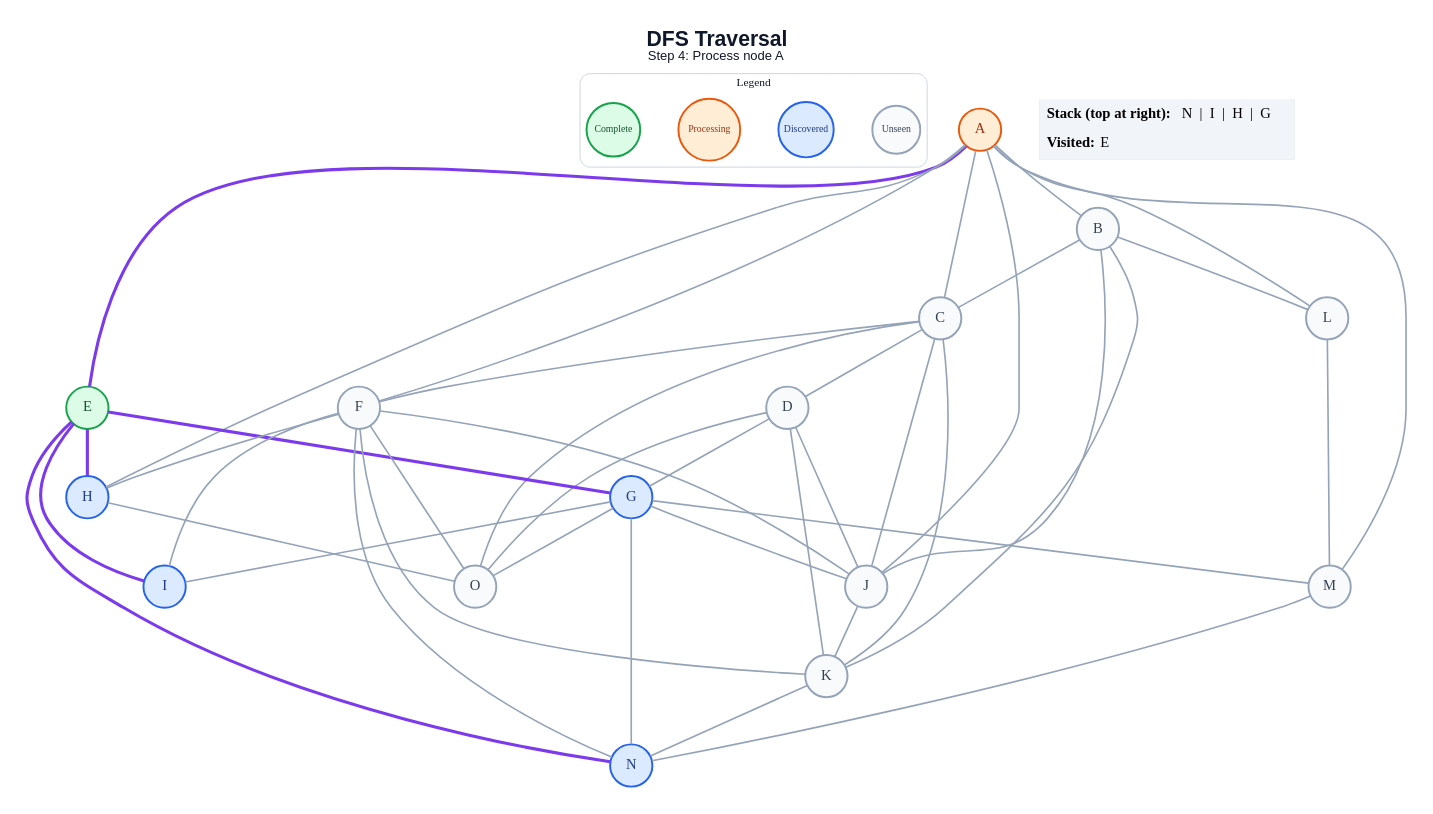
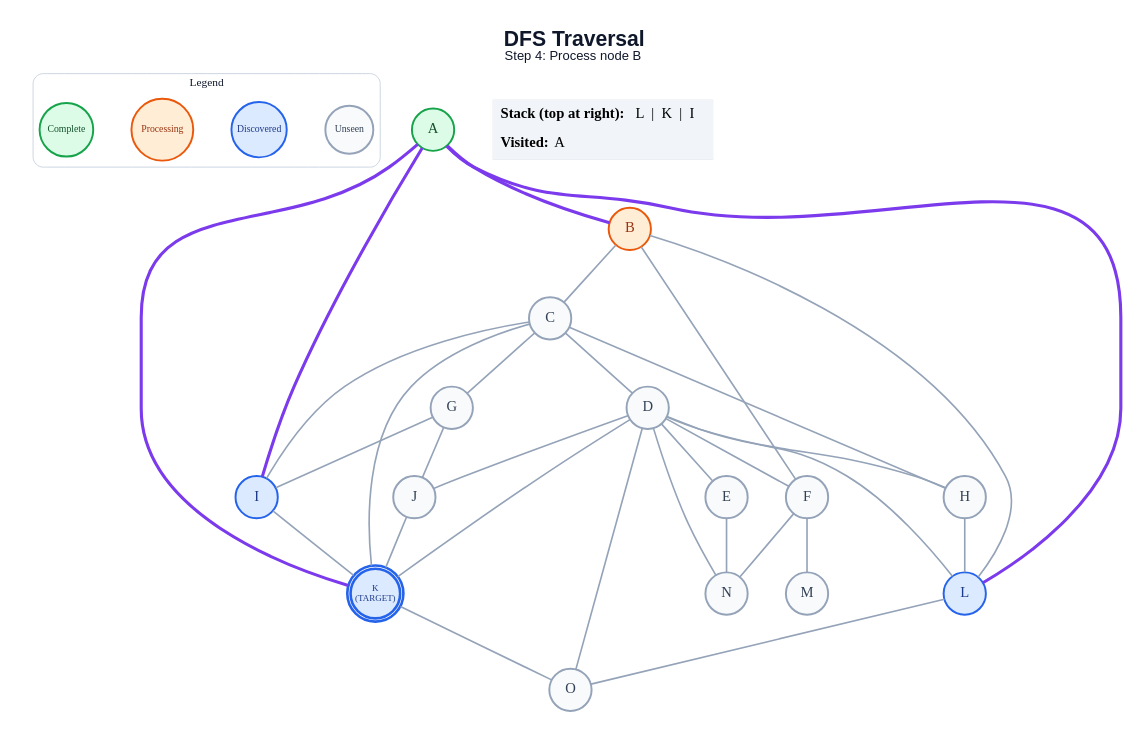
Before and after one commit to anon7238593-create/ai-slop: the diagram in generated/specific-node/dfs/step_04.dot, drawn with Graphviz. The commit also changed 268 other files, not shown here.

```diff
--- a/generated/specific-node/dfs/step_04.dot
+++ b/generated/specific-node/dfs/step_04.dot
@@ -1,75 +1,64 @@
 graph traversal {
   graph [layout=dot, rankdir=TB, bgcolor="#FFFFFF", pad="0.35", nodesep="0.65", ranksep="0.8", fontname="Arial"];
   node [shape=circle, style="filled", fontname="Arial Bold", fontsize=18, width=0.72, fixedsize=true, penwidth=2.4];
   edge [color="#94A3B8", penwidth=2.0];
-  label=<<B>DFS Traversal</B><BR/><FONT POINT-SIZE="16">Step 4: Process node A</FONT>>; labelloc="t"; fontsize=26; fontname="Arial"; fontcolor="#0F172A";
+  label=<<B>DFS Traversal</B><BR/><FONT POINT-SIZE="16">Step 4: Process node B</FONT>>; labelloc="t"; fontsize=26; fontname="Arial"; fontcolor="#0F172A";
   subgraph cluster_legend { label="Legend"; color="#CBD5E1"; penwidth=1.2; style="rounded"; fontsize=14; fontname="Arial Bold";
     key_unseen [label="Unseen", fillcolor="#F8FAFC", color="#94A3B8", fontcolor="#334155", fontsize=12, width=0.82];
     key_frontier [label="Discovered", fillcolor="#DBEAFE", color="#2563EB", fontcolor="#1E3A8A", fontsize=12, width=0.95];
     key_current [label="Processing", fillcolor="#FFEDD5", color="#EA580C", fontcolor="#9A3412", fontsize=12, width=1.05];
     key_done [label="Complete", fillcolor="#DCFCE7", color="#16A34A", fontcolor="#14532D", fontsize=12, width=0.92];
     { rank=same; key_unseen; key_frontier; key_current; key_done; }
   }
-  A [fillcolor="#FFEDD5", color="#EA580C", fontcolor="#9A3412"];
-  B [fillcolor="#F8FAFC", color="#94A3B8", fontcolor="#334155"];
-  C [fillcolor="#F8FAFC", color="#94A3B8", fontcolor="#334155"];
-  D [fillcolor="#F8FAFC", color="#94A3B8", fontcolor="#334155"];
-  E [fillcolor="#DCFCE7", color="#16A34A", fontcolor="#14532D"];
-  F [fillcolor="#F8FAFC", color="#94A3B8", fontcolor="#334155"];
-  G [fillcolor="#DBEAFE", color="#2563EB", fontcolor="#1E3A8A"];
-  H [fillcolor="#DBEAFE", color="#2563EB", fontcolor="#1E3A8A"];
-  I [fillcolor="#DBEAFE", color="#2563EB", fontcolor="#1E3A8A"];
-  J [fillcolor="#F8FAFC", color="#94A3B8", fontcolor="#334155"];
-  K [fillcolor="#F8FAFC", color="#94A3B8", fontcolor="#334155"];
-  L [fillcolor="#F8FAFC", color="#94A3B8", fontcolor="#334155"];
-  M [fillcolor="#F8FAFC", color="#94A3B8", fontcolor="#334155"];
-  N [fillcolor="#DBEAFE", color="#2563EB", fontcolor="#1E3A8A"];
-  O [fillcolor="#F8FAFC", color="#94A3B8", fontcolor="#334155"];
-  A -- B;
-  A -- C;
-  A -- E [color="#7C3AED", penwidth=3.8];
-  A -- F;
-  A -- H;
-  A -- J;
-  A -- L;
-  A -- M;
+  A [label="A", fillcolor="#DCFCE7", color="#16A34A", fontcolor="#14532D", peripheries=1, penwidth=2.4];
+  B [label="B", fillcolor="#FFEDD5", color="#EA580C", fontcolor="#9A3412", peripheries=1, penwidth=2.4];
+  C [label="C", fillcolor="#F8FAFC", color="#94A3B8", fontcolor="#334155", peripheries=1, penwidth=2.4];
+  D [label="D", fillcolor="#F8FAFC", color="#94A3B8", fontcolor="#334155", peripheries=1, penwidth=2.4];
+  E [label="E", fillcolor="#F8FAFC", color="#94A3B8", fontcolor="#334155", peripheries=1, penwidth=2.4];
+  F [label="F", fillcolor="#F8FAFC", color="#94A3B8", fontcolor="#334155", peripheries=1, penwidth=2.4];
+  G [label="G", fillcolor="#F8FAFC", color="#94A3B8", fontcolor="#334155", peripheries=1, penwidth=2.4];
+  H [label="H", fillcolor="#F8FAFC", color="#94A3B8", fontcolor="#334155", peripheries=1, penwidth=2.4];
+  I [label="I", fillcolor="#DBEAFE", color="#2563EB", fontcolor="#1E3A8A", peripheries=1, penwidth=2.4];
+  J [label="J", fillcolor="#F8FAFC", color="#94A3B8", fontcolor="#334155", peripheries=1, penwidth=2.4];
+  K [label="K\n(TARGET)", fillcolor="#DBEAFE", color="#2563EB", fontcolor="#1E3A8A", peripheries=2, penwidth=3.2, fontsize=11, width=0.85, height=0.85];
+  L [label="L", fillcolor="#DBEAFE", color="#2563EB", fontcolor="#1E3A8A", peripheries=1, penwidth=2.4];
+  M [label="M", fillcolor="#F8FAFC", color="#94A3B8", fontcolor="#334155", peripheries=1, penwidth=2.4];
+  N [label="N", fillcolor="#F8FAFC", color="#94A3B8", fontcolor="#334155", peripheries=1, penwidth=2.4];
+  O [label="O", fillcolor="#F8FAFC", color="#94A3B8", fontcolor="#334155", peripheries=1, penwidth=2.4];
+  A -- B [color="#7C3AED", penwidth=3.8];
+  A -- I [color="#7C3AED", penwidth=3.8];
+  A -- K [color="#7C3AED", penwidth=3.8];
+  A -- L [color="#7C3AED", penwidth=3.8];
   B -- C;
-  B -- J;
-  B -- K;
+  B -- F;
   B -- L;
   C -- D;
-  C -- F;
-  C -- J;
+  C -- G;
+  C -- H;
+  C -- I;
   C -- K;
-  C -- O;
-  D -- G;
+  D -- E;
+  D -- F;
+  D -- H;
   D -- J;
   D -- K;
+  D -- L;
+  D -- N;
   D -- O;
-  E -- G [color="#7C3AED", penwidth=3.8];
-  E -- H [color="#7C3AED", penwidth=3.8];
-  E -- I [color="#7C3AED", penwidth=3.8];
-  E -- N [color="#7C3AED", penwidth=3.8];
-  F -- H;
-  F -- I;
-  F -- J;
-  F -- K;
+  E -- N;
+  F -- M;
   F -- N;
-  F -- O;
   G -- I;
   G -- J;
-  G -- M;
-  G -- N;
-  G -- O;
-  H -- O;
+  H -- L;
+  I -- K;
   J -- K;
-  K -- N;
-  L -- M;
-  M -- N;
+  K -- O;
+  L -- O;
   status [shape=plain, fixedsize=false, width=0, height=0, margin=0, label=<
     <TABLE BORDER="0" CELLBORDER="0" CELLPADDING="7" BGCOLOR="#F1F5F9">
-      <TR><TD ALIGN="LEFT"><B>Stack (top at right):</B> N  |  I  |  H  |  G</TD></TR>
-      <TR><TD ALIGN="LEFT"><B>Visited:</B> E</TD></TR>
+      <TR><TD ALIGN="LEFT"><B>Stack (top at right):</B> L  |  K  |  I</TD></TR>
+      <TR><TD ALIGN="LEFT"><B>Visited:</B> A</TD></TR>
     </TABLE>
   >];
 }
```
